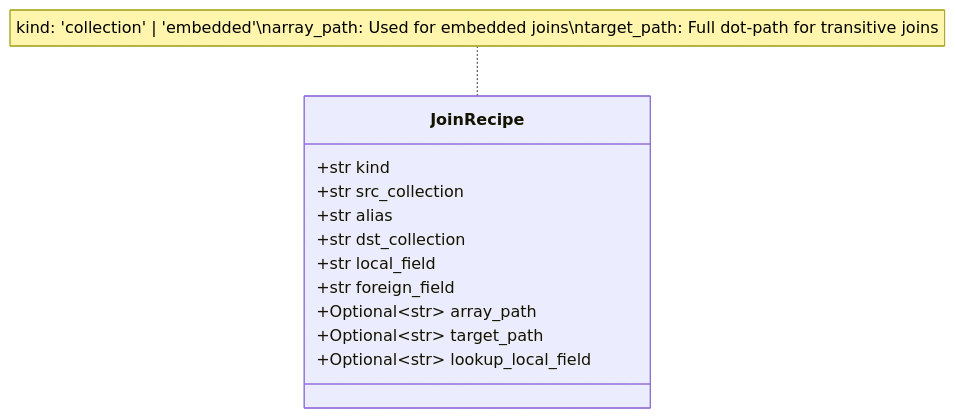
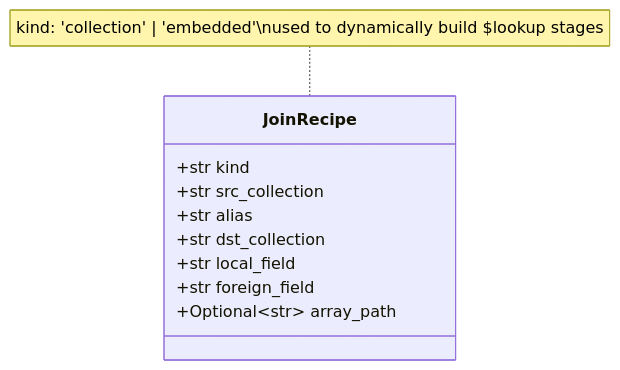
One commit to Danilka-Akarawita/naturallanguage_to_mongoDB_query changed the seventh of 7 diagrams in docs/architecture_diagrams.md. Above: the diagram before and after it, drawn with Mermaid. The commit also changed other lines of this file, not shown here.

Commit message:
modified the archtecture diagram

````diff
--- a/docs/architecture_diagrams.md
+++ b/docs/architecture_diagrams.md
@@ -325,16 +214,14 @@
 ```mermaid
 classDiagram
     class JoinRecipe {
         +str kind
         +str src_collection
         +str alias
         +str dst_collection
         +str local_field
         +str foreign_field
         +Optional~str~ array_path
-        +Optional~str~ target_path
-        +Optional~str~ lookup_local_field
     }
     
-    note for JoinRecipe "kind: 'collection' | 'embedded'\narray_path: Used for embedded joins\ntarget_path: Full dot-path for transitive joins"
+    note for JoinRecipe "kind: 'collection' | 'embedded'\nused to dynamically build $lookup stages"
 ```
````
